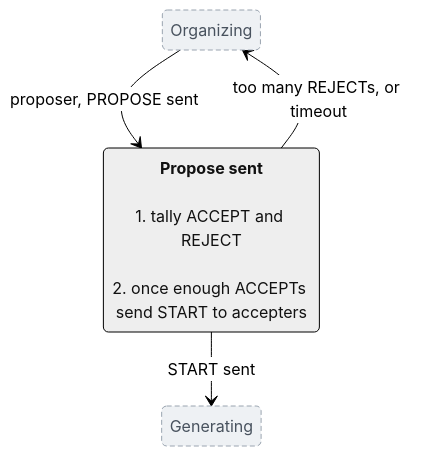
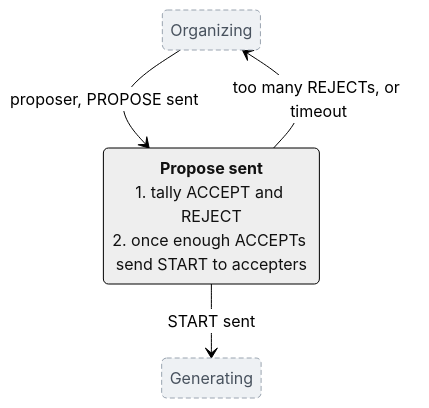
Before and after one commit to sig-net/mpc: the third of 6 diagrams in doc/posit_state_machine.md, drawn with Mermaid (neutral theme). The commit also changed other lines of this file, not shown here.

````diff
--- a/doc/posit_state_machine.md
+++ b/doc/posit_state_machine.md
@@ -108,15 +108,15 @@
 ```mermaid
 stateDiagram-v2
     state "Organizing" as OrgIn
-    state "<b>Propose sent</b><br/>
-    1. tally ACCEPT and REJECT<br/>
+    state "<b>Propose sent</b>
+    1. tally ACCEPT and REJECT
     2. once enough ACCEPTs send START to accepters " as ProposeSent
     state "Generating" as GenOut
 
     OrgIn --> ProposeSent: proposer, PROPOSE sent
     ProposeSent --> GenOut: START sent
     ProposeSent --> OrgIn: too many REJECTs, or timeout
 
     classDef outside fill:#eef1f4,stroke:#9aa4b0,color:#48525e,stroke-dasharray:5 3
     class OrgIn,GenOut outside
 ```
````
